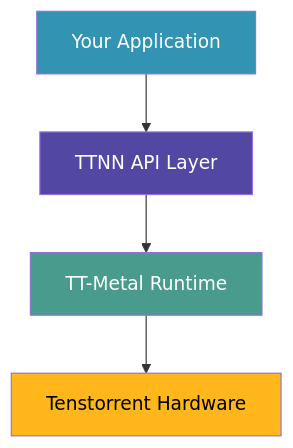
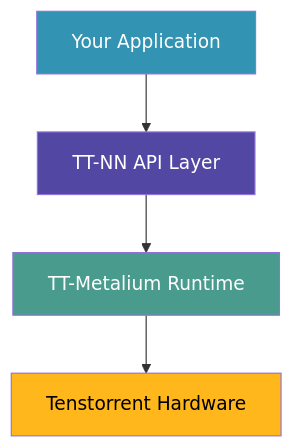
Before and after one commit to tenstorrent/tt-vscode-toolkit: the first of 4 diagrams in docs/MERMAID_EXAMPLES.md, drawn with Mermaid. The commit also changed other lines of this file and 139 other files, not shown here.

````diff
--- a/docs/MERMAID_EXAMPLES.md
+++ b/docs/MERMAID_EXAMPLES.md
@@ -22,16 +22,16 @@
 ```mermaid
 graph TB
     App[Your Application]
-    TTNN[TTNN API Layer]
-    TTMetal[TT-Metal Runtime]
+    TT-NN[TT-NN API Layer]
+    TTMetal[TT-Metalium Runtime]
     Hardware[Tenstorrent Hardware]
 
-    App --> TTNN
-    TTNN --> TTMetal
+    App --> TT-NN
+    TT-NN --> TTMetal
     TTMetal --> Hardware
 
     style App fill:#3293b2,color:#fff
-    style TTNN fill:#5347a4,color:#fff
+    style TT-NN fill:#5347a4,color:#fff
     style TTMetal fill:#499c8d,color:#fff
     style Hardware fill:#ffb71b,color:#000
 ```
````
